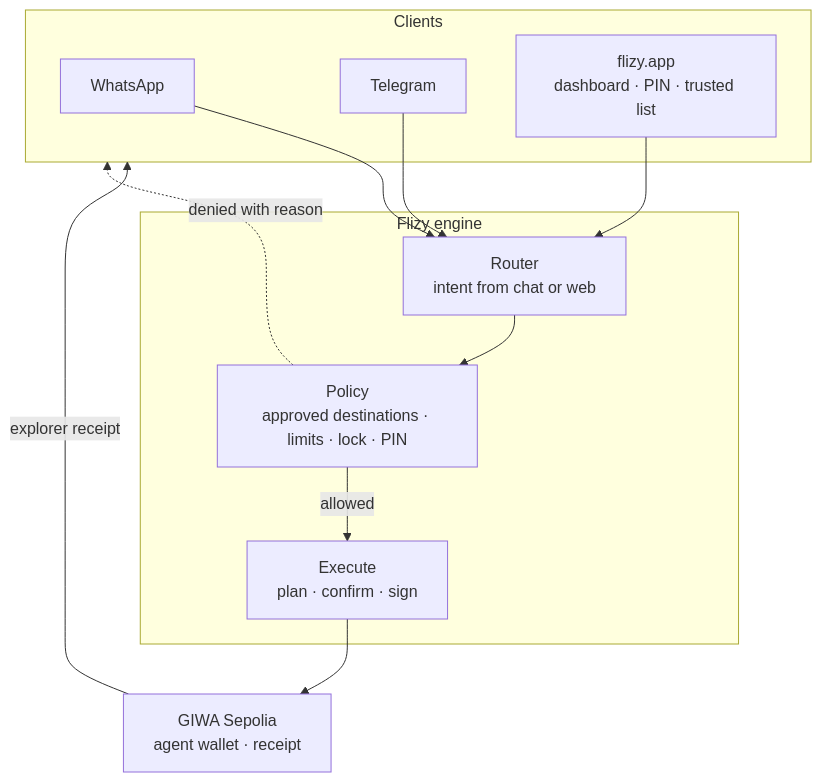
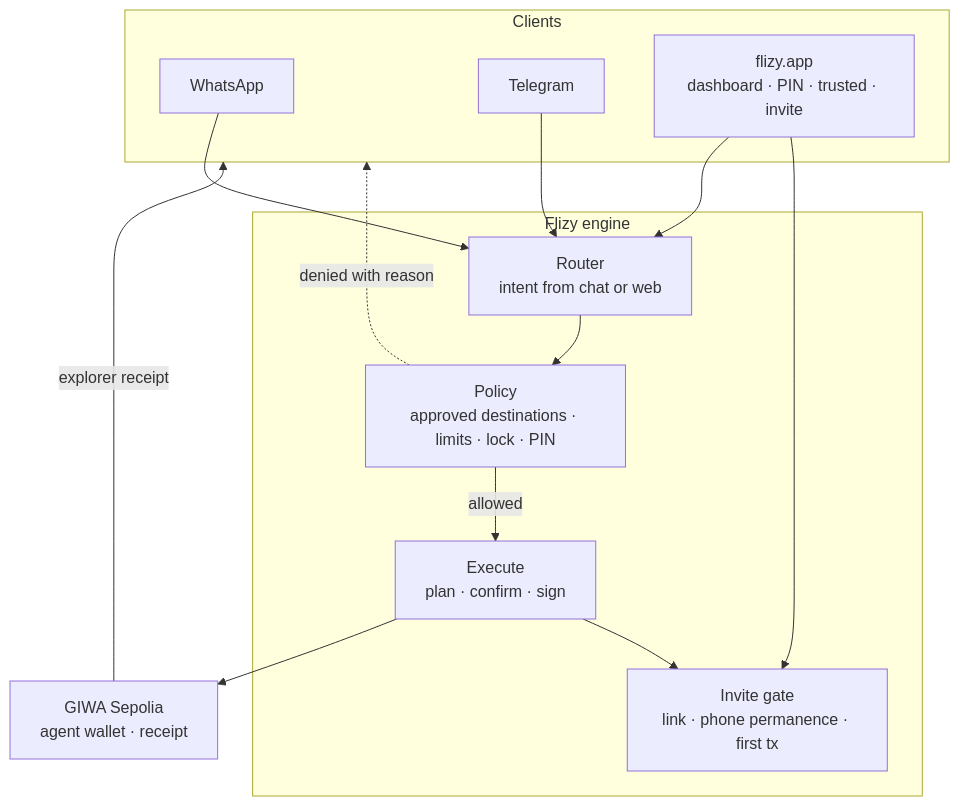
One commit to rudazy/flizy changed the first of 5 diagrams in README.md. Above: the diagram before and after it, drawn with Mermaid. The commit also changed other lines of this file and 21 other files, not shown here.

````diff
--- a/README.md
+++ b/README.md
@@ -152,25 +156,28 @@
 ```mermaid
 flowchart TB
   subgraph clients["Clients"]
     WA["WhatsApp"]
     TG["Telegram"]
-    WEB["flizy.app<br/>dashboard · PIN · trusted list"]
+    WEB["flizy.app<br/>dashboard · PIN · trusted · invite"]
   end
 
   subgraph engine["Flizy engine"]
     R["Router<br/>intent from chat or web"]
     P["Policy<br/>approved destinations · limits · lock · PIN"]
     X["Execute<br/>plan · confirm · sign"]
+    INV["Invite gate<br/>link · phone permanence · first tx"]
   end
 
   CH["GIWA Sepolia<br/>agent wallet · receipt"]
 
   WA --> R
   TG --> R
   WEB --> R
+  WEB --> INV
   R --> P
   P -->|allowed| X
   P -.->|denied with reason| clients
   X --> CH
+  X --> INV
   CH -->|explorer receipt| clients
 ```
````
